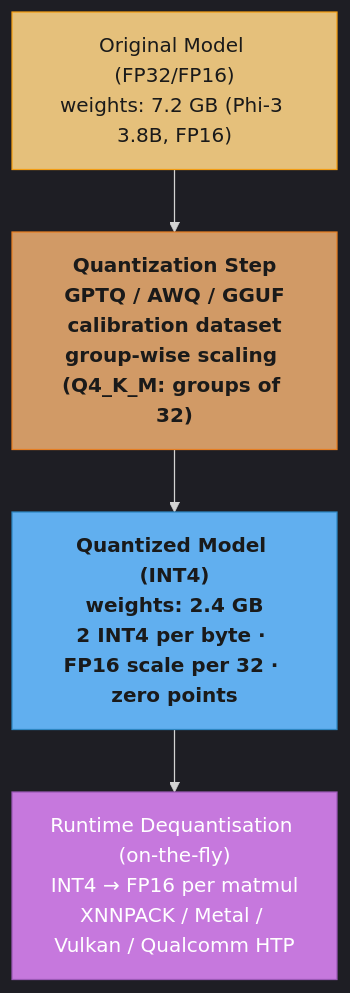
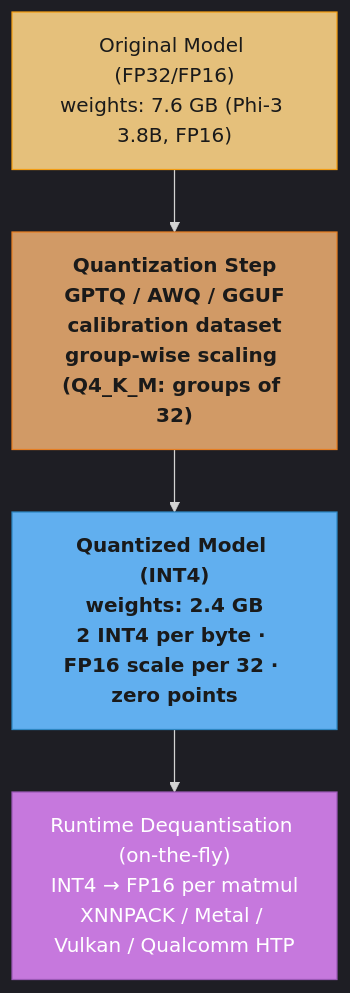
Before and after one commit to rppol/system-design: the diagram in src/main/java/com/rutik/systemdesign/llm/small_language_models_and_edge_ai/README.md, drawn with Mermaid. The commit also changed other lines of this file and 94 other files, not shown here.

````diff
--- a/src/main/java/com/rutik/systemdesign/llm/small_language_models_and_edge_ai/README.md
+++ b/src/main/java/com/rutik/systemdesign/llm/small_language_models_and_edge_ai/README.md
@@ -202,23 +257,23 @@
 ```mermaid
 %%{init: {'flowchart': {'curve': 'basis'}, 'theme': 'dark'}}%%
 flowchart TD
     classDef io      fill:#61afef,stroke:#2e86c1,color:#1a1a1a,font-weight:bold
     classDef frozen  fill:#c678dd,stroke:#9b59b6,color:#fff
     classDef train   fill:#98c379,stroke:#27ae60,color:#1a1a1a
     classDef mathOp  fill:#d19a66,stroke:#e67e22,color:#1a1a1a,font-weight:bold
     classDef lossN   fill:#e06c75,stroke:#c0392b,color:#fff,font-weight:bold
     classDef req     fill:#56b6c2,stroke:#0097a7,color:#1a1a1a
     classDef base    fill:#e5c07b,stroke:#f39c12,color:#1a1a1a
 
-    OG["Original Model (FP32/FP16)\nweights: 7.2 GB (Phi-3 3.8B, FP16)"]
+    OG["Original Model (FP32/FP16)\nweights: 7.6 GB (Phi-3 3.8B, FP16)"]
     QUANT["Quantization Step\nGPTQ / AWQ / GGUF\ncalibration dataset\ngroup-wise scaling (Q4_K_M: groups of 32)"]
     INT4["Quantized Model (INT4)\nweights: 2.4 GB\n2 INT4 per byte · FP16 scale per 32 · zero points"]
     DEQU["Runtime Dequantisation (on-the-fly)\nINT4 → FP16 per matmul\nXNNPACK / Metal / Vulkan / Qualcomm HTP"]
 
     OG --> QUANT --> INT4 --> DEQU
 
     class OG base
     class QUANT mathOp
     class INT4 io
     class DEQU frozen
 ```
````
